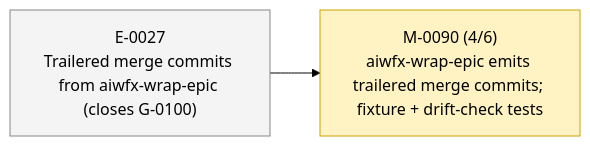
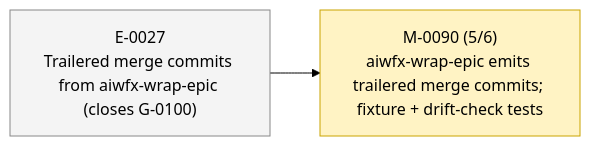
The second of 2 diagrams in STATUS.md (23min/aiwf), drawn with Mermaid (forest theme) before and after one commit. The commit also changed other lines of this file and 1 other file, not shown here.

````diff
--- a/STATUS.md
+++ b/STATUS.md
@@ -51,12 +51,12 @@
 ```mermaid
 flowchart LR
   E_0027["E-0027<br/>Trailered merge commits from aiwfx-wrap-epic (closes G-0100)"]:::epic_proposed
-  M_0090["M-0090 (4/6)<br/>aiwfx-wrap-epic emits trailered merge commits; fixture + drift-check tests"]:::ms_in_progress
+  M_0090["M-0090 (5/6)<br/>aiwfx-wrap-epic emits trailered merge commits; fixture + drift-check tests"]:::ms_in_progress
   E_0027 --> M_0090
   classDef epic_active fill:#d6eaff,stroke:#1a73e8,color:#000
   classDef epic_proposed fill:#f4f4f4,stroke:#888,color:#000
   classDef ms_done fill:#d8f5d8,stroke:#2a8a2a,color:#000
   classDef ms_in_progress fill:#fff3c4,stroke:#caa400,color:#000
   classDef ms_draft fill:#f4f4f4,stroke:#888,color:#000
   classDef ms_cancelled fill:#fbeaea,stroke:#c33,color:#000
 ```
````
